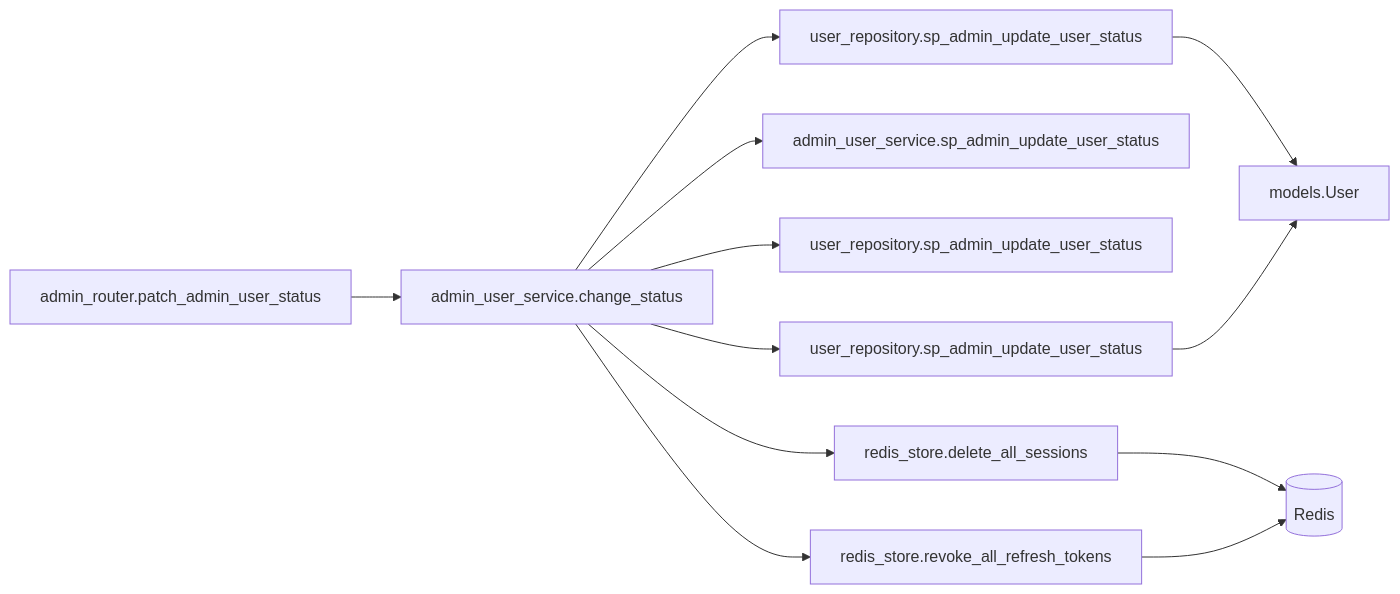
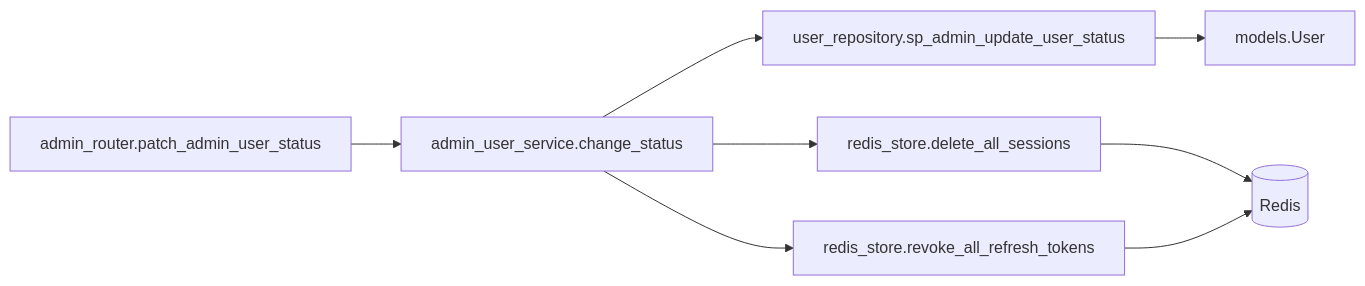
The third of 4 diagrams in detailed_design/api/admin/03_patch_admin_user_status.md (oikawa-d/task_management), drawn with Mermaid before and after one commit. The commit also changed other lines of this file and 5 other files, not shown here.

````diff
--- a/detailed_design/api/admin/03_patch_admin_user_status.md
+++ b/detailed_design/api/admin/03_patch_admin_user_status.md
@@ -230,14 +213,10 @@
 ```mermaid
 flowchart LR
     R["admin_router.patch_admin_user_status"] --> S["admin_user_service.change_status"]
     S --> RP1["user_repository.sp_admin_update_user_status"]
-    S --> L["admin_user_service.sp_admin_update_user_status"]
-    S --> RP2["user_repository.sp_admin_update_user_status"]
-    S --> RP3["user_repository.sp_admin_update_user_status"]
     S --> RS1["redis_store.delete_all_sessions"]
     S --> RS2["redis_store.revoke_all_refresh_tokens"]
     RP1 --> M["models.User"]
-    RP3 --> M
     RS1 --> RD[("Redis")]
     RS2 --> RD
 ```
````
